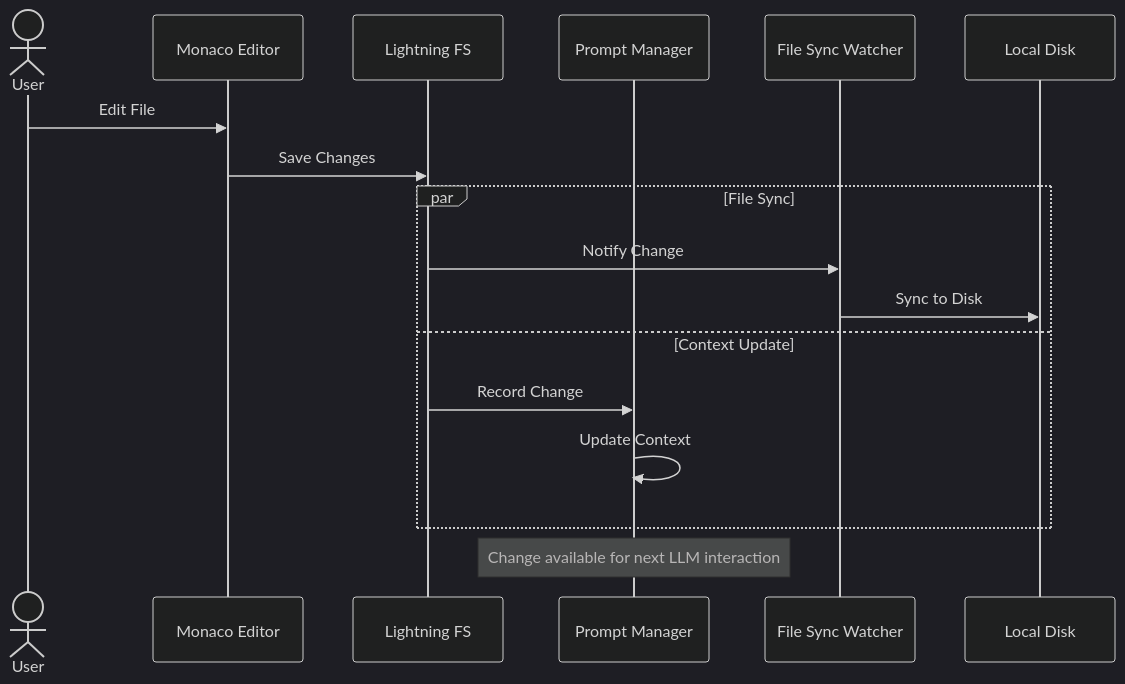
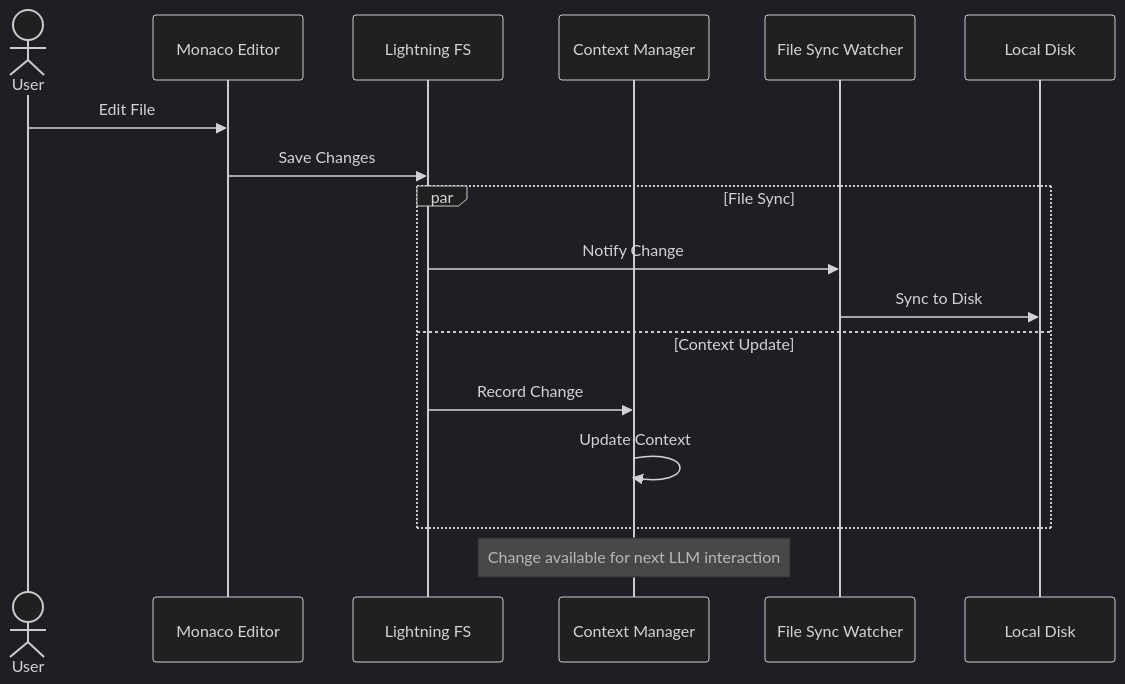
The third of 21 diagrams in architecture.md (mrsimpson/piddie), drawn with Mermaid (dark theme) before and after one commit. The commit also changed other lines of this file, not shown here.

Commit message:
Architecture: Introduce dedicated context management

````diff
--- a/architecture.md
+++ b/architecture.md
@@ -108,22 +108,22 @@
 ```mermaid
 sequenceDiagram
     actor User
     participant ED as Monaco Editor
     participant LFS as Lightning FS
-    participant PM as Prompt Manager
+    participant CM as Context Manager
     participant FSW as File Sync Watcher
     participant LD as Local Disk
     
     User->>ED: Edit File
     ED->>LFS: Save Changes
     
     par File Sync
         LFS->>FSW: Notify Change
         FSW->>LD: Sync to Disk
     and Context Update
-        LFS->>PM: Record Change
-        PM->>PM: Update Context
+        LFS->>CM: Record Change
+        CM->>CM: Update Context
     end
     
-    Note over PM: Change available for next LLM interaction
+    Note over CM: Change available for next LLM interaction
 ```
````
